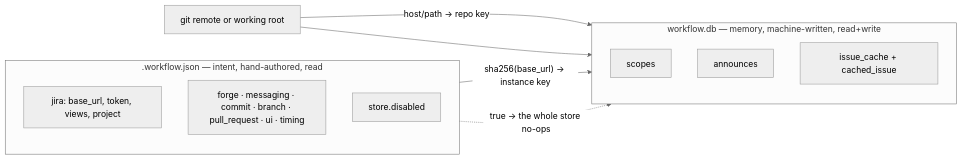
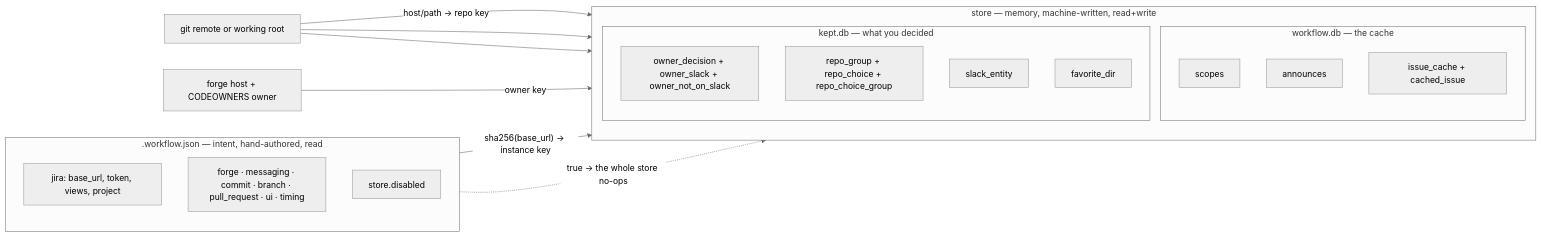
The second of 4 diagrams in ARCHITECTURE.md (jacob-delgado/workflow), drawn with Mermaid (neutral theme) before and after one commit. The commit also changed other lines of this file, not shown here.

First line of the commit message:
docs(architecture): describe kept.db beside the cache

````diff
--- a/ARCHITECTURE.md
+++ b/ARCHITECTURE.md
@@ -191,21 +193,32 @@
 ```mermaid
 flowchart LR
     subgraph config[".workflow.json — intent, hand-authored, read"]
         direction TB
         jiraCfg["jira: base_url, token, views, project"]
         rest["forge · messaging · commit · branch · pull_request · ui · timing"]
         storeCfg["store.disabled"]
     end
-    subgraph store["workflow.db — memory, machine-written, read+write"]
+    subgraph store["store — memory, machine-written, read+write"]
         direction TB
-        scopes["scopes"]
-        announces["announces"]
-        cache["issue_cache + cached_issue"]
+        subgraph cachedb["workflow.db — the cache"]
+            scopes["scopes"]
+            announces["announces"]
+            cache["issue_cache + cached_issue"]
+        end
+        subgraph keptdb["kept.db — what you decided"]
+            owners["owner_decision + owner_slack + owner_not_on_slack"]
+            groups["repo_group + repo_choice + repo_choice_group"]
+            labels["slack_entity"]
+            favorites["favorite_dir"]
+        end
     end
     src["git remote or working root"]
+    codeowners["forge host + CODEOWNERS owner"]
 
     jiraCfg -->|"sha256(base_url) → instance key"| cache
     src -->|"host/path → repo key"| scopes
     src --> announces
+    src --> groups
+    codeowners -->|"owner key"| owners
     storeCfg -. "true → the whole store no-ops" .-> store
 ```
````
